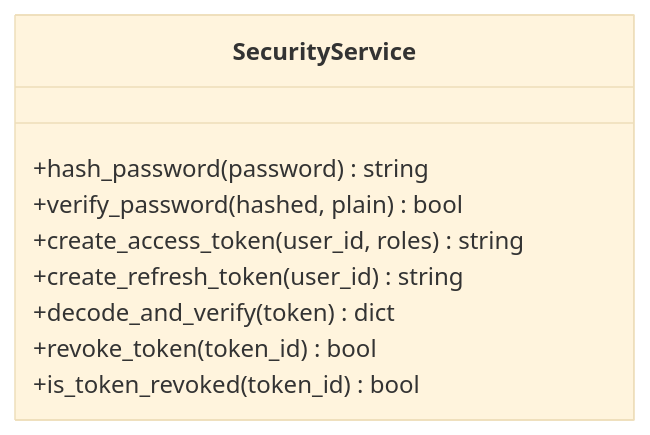
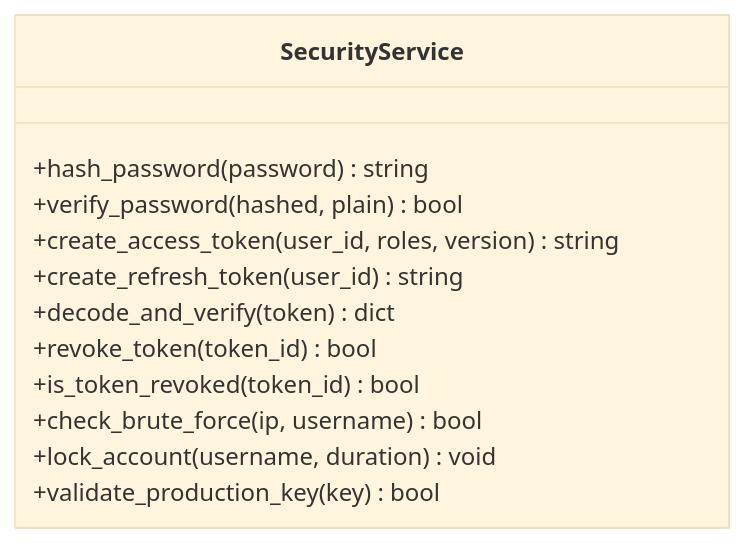
The fourth of 8 diagrams in .qoder/repowiki/zh/content/后端API文档/认证授权API.md (vu1Art1st/talos), drawn with Mermaid (base theme) before and after one commit. The commit also changed other lines of this file and 132 other files, not shown here.

````diff
--- a/.qoder/repowiki/zh/content/后端API文档/认证授权API.md
+++ b/.qoder/repowiki/zh/content/后端API文档/认证授权API.md
@@ -171,12 +198,15 @@
 ```mermaid
 classDiagram
 class SecurityService {
 +hash_password(password) string
 +verify_password(hashed, plain) bool
-+create_access_token(user_id, roles) string
++create_access_token(user_id, roles, version) string
 +create_refresh_token(user_id) string
 +decode_and_verify(token) dict
 +revoke_token(token_id) bool
 +is_token_revoked(token_id) bool
++check_brute_force(ip, username) bool
++lock_account(username, duration) void
++validate_production_key(key) bool
 }
 ```
````
